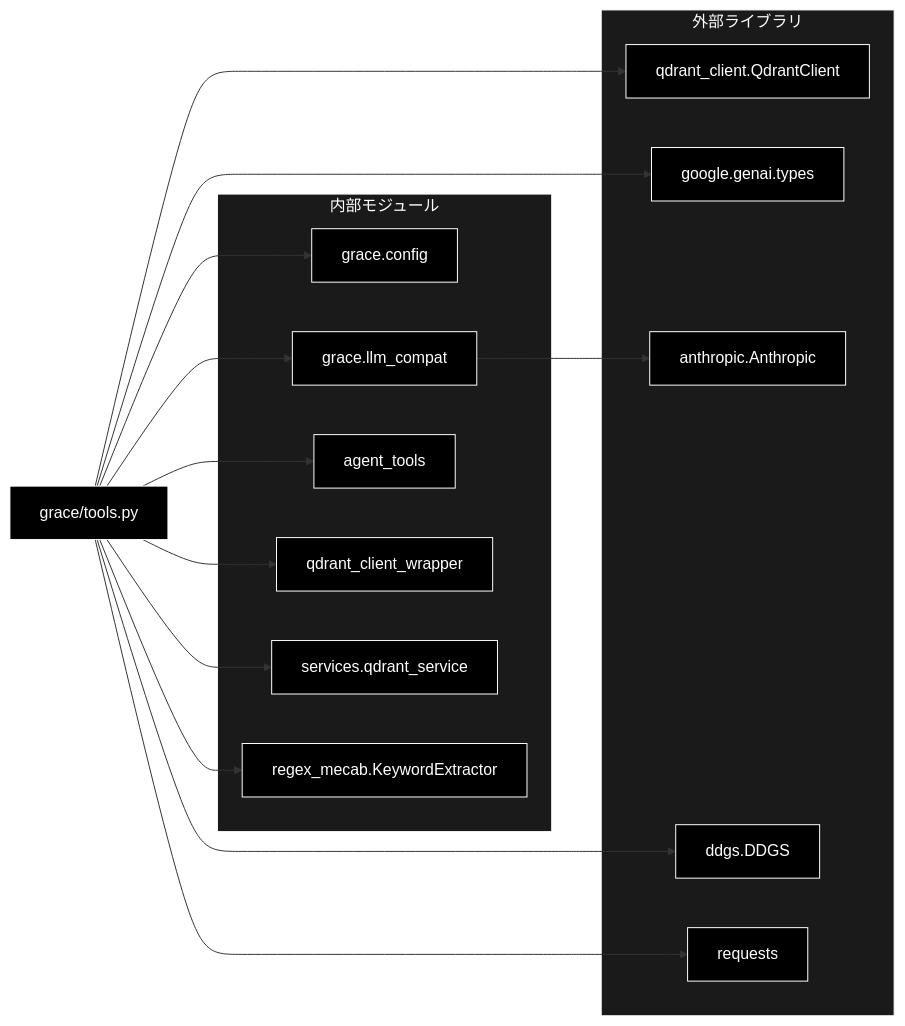
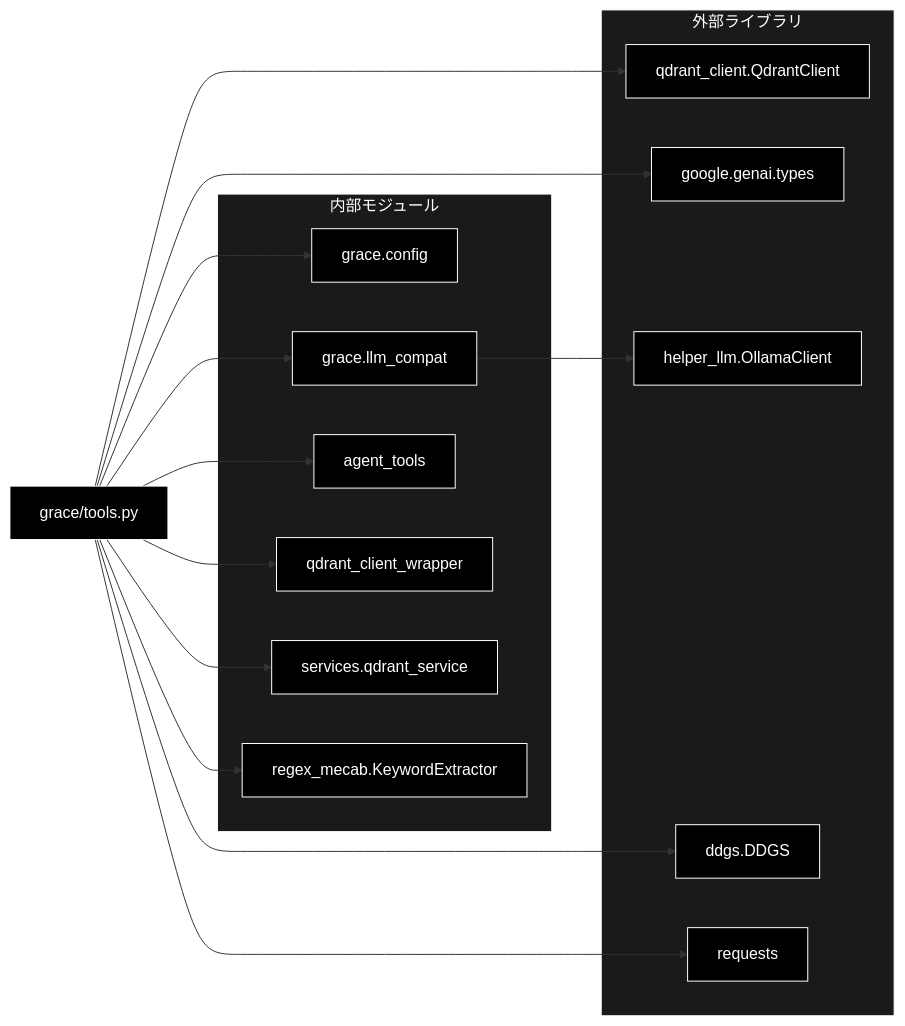
Before and after one commit to nakashima2toshio/grace_v2_local: the third of 3 diagrams in grace/docs/tools.md, drawn with Mermaid. The commit also changed other lines of this file and 6 other files, not shown here.

````diff
--- a/grace/docs/tools.md
+++ b/grace/docs/tools.md
@@ -1086,38 +1161,38 @@
 ```mermaid
 flowchart LR
     TOOLS["grace/tools.py"]
 
     subgraph EXT["外部ライブラリ"]
         QC["qdrant_client.QdrantClient"]
         GENAI["google.genai.types"]
-        ANTHROPIC["anthropic.Anthropic"]
+        ANTHROPIC["helper_llm.OllamaClient"]
         DDG["ddgs.DDGS"]
         REQ["requests"]
     end
 
     subgraph INT["内部モジュール"]
         CFG["grace.config"]
         COMPAT["grace.llm_compat"]
         ATOOLS["agent_tools"]
         QWRAP["qdrant_client_wrapper"]
         QSVC["services.qdrant_service"]
         MECAB["regex_mecab.KeywordExtractor"]
     end
 
     TOOLS --> QC
     TOOLS --> GENAI
     TOOLS --> DDG
     TOOLS --> REQ
     TOOLS --> CFG
     TOOLS --> COMPAT
     TOOLS --> ATOOLS
     TOOLS --> QWRAP
     TOOLS --> QSVC
     TOOLS --> MECAB
     COMPAT --> ANTHROPIC
 classDef default fill:#000,stroke:#fff,color:#fff
 classDef subgraphStyle fill:#1a1a1a,stroke:#fff,color:#fff
 class TOOLS,QC,GENAI,ANTHROPIC,DDG,REQ,CFG,COMPAT,ATOOLS,QWRAP,QSVC,MECAB default
 style EXT fill:#1a1a1a,stroke:#fff,color:#fff
 style INT fill:#1a1a1a,stroke:#fff,color:#fff
 ```
````
